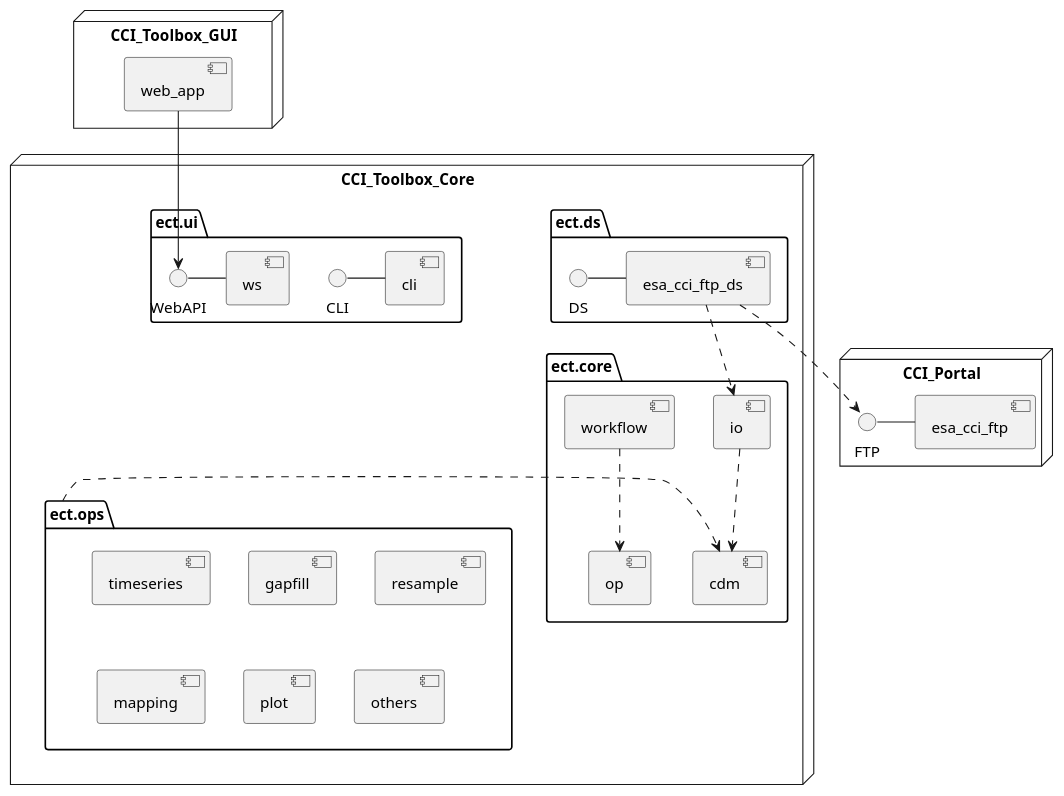
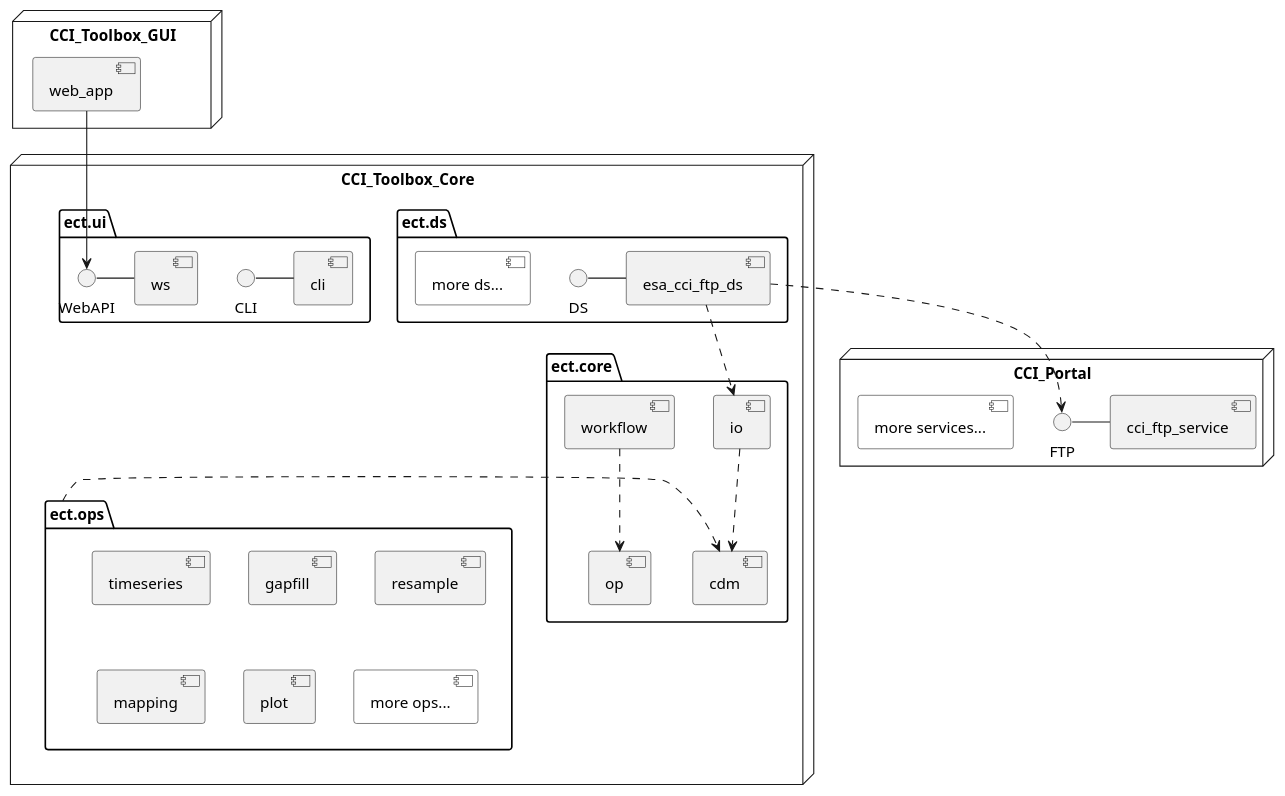
One commit to CCI-Tools/cate changed the diagram in doc/source/uml/modules.puml. Above: the diagram before and after it, drawn with PlantUML. The commit also changed 8 other files, not shown here.

```diff
--- a/doc/source/uml/modules.puml
+++ b/doc/source/uml/modules.puml
@@ -1,50 +1,52 @@
 @startuml
 
 node "CCI_Toolbox_Core" {
     package "ect.ds" {
         DS - [esa_cci_ftp_ds]
+        [more ds...] #white
     }
 
     package ect.ops {
         [timeseries]
         [gapfill]
         [resample]
         [mapping]
         [plot]
-        [others]
+        [more ops...] #white
     }
 
     package "ect.core" {
         [cdm]
         [io]
 
         [op]
         [workflow]
     }
 
     package "ect.ui" {
         CLI - [cli]
         WebAPI - [ws]
     }
 }
 
 node "CCI_Toolbox_GUI" {
     [web_app]
 }
 
 node "CCI_Portal" {
-    FTP - [esa_cci_ftp]
+    FTP - [cci_ftp_service]
+    [more services...] #white
 }
 
 
 
 [io] ..> [cdm]
 [workflow] ..> [op]
 [esa_cci_ftp_ds] ..> FTP
 [esa_cci_ftp_ds] ..> io
 
 ect.ops .r.> [cdm]
 
 [web_app] --> WebAPI
 
 @enduml
```
